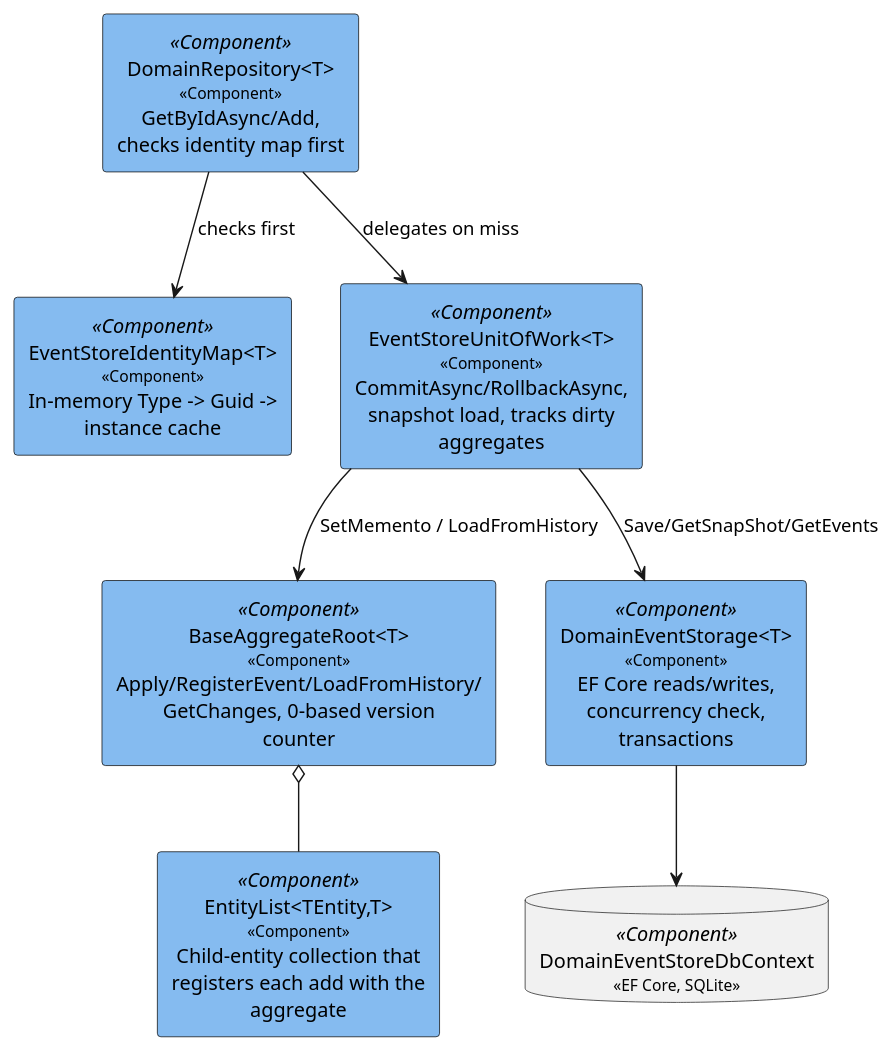
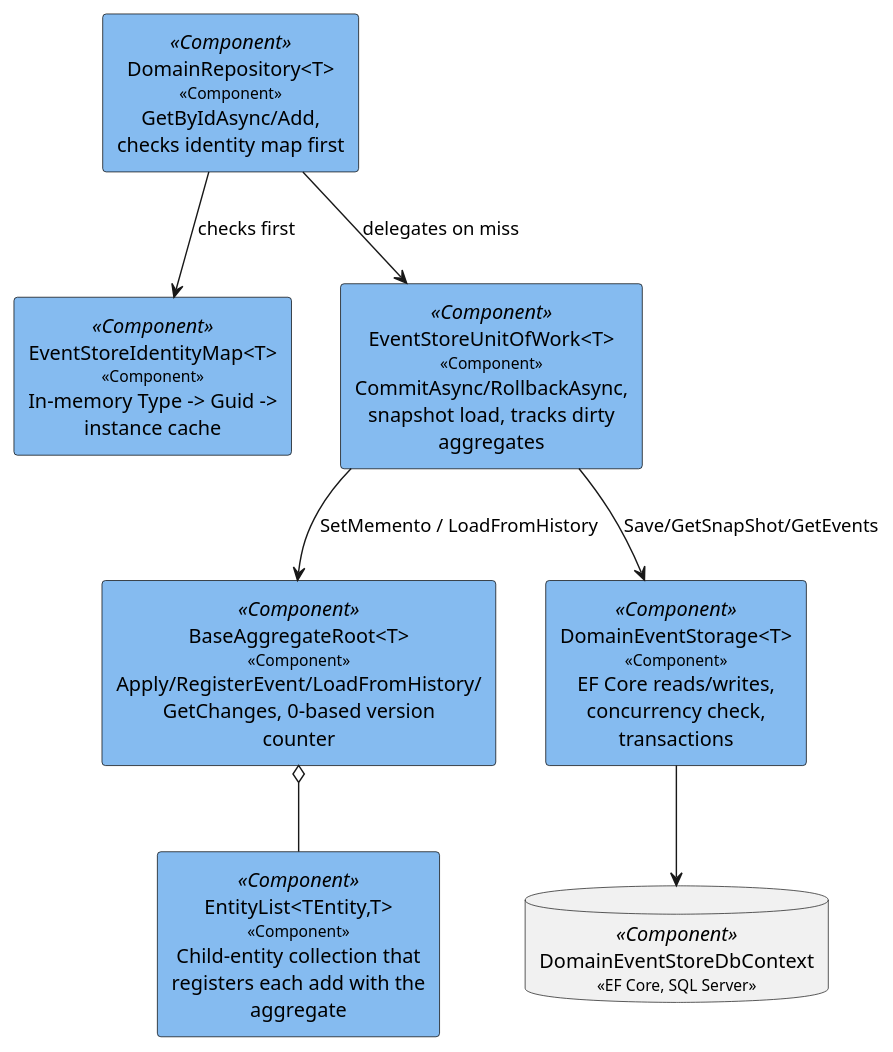
One commit to Mwwhited-BookLearning/fohjin-cqrs changed the first of 6 diagrams in docs/06-event-sourcing-infrastructure.md. Above: the diagram before and after it, drawn with PlantUML. The commit also changed other lines of this file and 8 other files, not shown here.

````diff
--- a/docs/06-event-sourcing-infrastructure.md
+++ b/docs/06-event-sourcing-infrastructure.md
@@ -8,26 +12,26 @@
 ```plantuml
 @startuml
 skinparam rectangle {
   BackgroundColor<<Component>> #85bbf0
   FontColor<<Component>> black
   BorderColor black
 }
 skinparam defaultTextAlignment center
 skinparam wrapWidth 200
 
 rectangle "BaseAggregateRoot<T>\n<size:11><<Component>></size>\nApply/RegisterEvent/LoadFromHistory/\nGetChanges, 0-based version counter" <<Component>> as aggRoot
 rectangle "EntityList<TEntity,T>\n<size:11><<Component>></size>\nChild-entity collection that\nregisters each add with the aggregate" <<Component>> as entityList
 rectangle "DomainRepository<T>\n<size:11><<Component>></size>\nGetByIdAsync/Add,\nchecks identity map first" <<Component>> as repo
 rectangle "EventStoreIdentityMap<T>\n<size:11><<Component>></size>\nIn-memory Type -> Guid -> instance cache" <<Component>> as idmap
 rectangle "EventStoreUnitOfWork<T>\n<size:11><<Component>></size>\nCommitAsync/RollbackAsync,\nsnapshot load, tracks dirty aggregates" <<Component>> as uow
 rectangle "DomainEventStorage<T>\n<size:11><<Component>></size>\nEF Core reads/writes,\nconcurrency check, transactions" <<Component>> as storage
-database "DomainEventStoreDbContext\n<size:11><<EF Core, SQLite>></size>" <<Component>> as dbcontext
+database "DomainEventStoreDbContext\n<size:11><<EF Core, SQL Server>></size>" <<Component>> as dbcontext
 
 aggRoot o-- entityList
 repo --> idmap : checks first
 repo --> uow : delegates on miss
 uow --> storage : Save/GetSnapShot/GetEvents
 uow --> aggRoot : SetMemento / LoadFromHistory
 storage --> dbcontext
 @enduml
 ```
````
